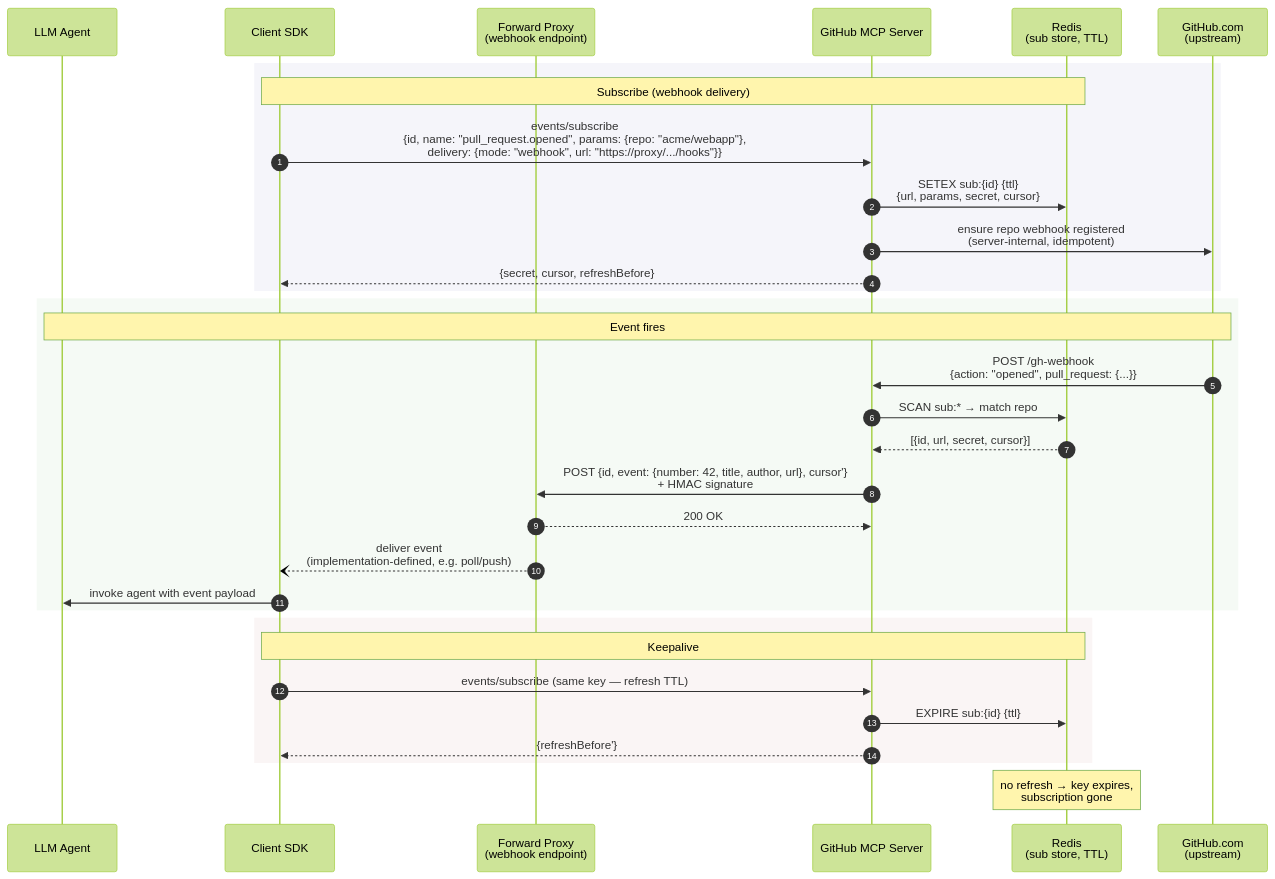
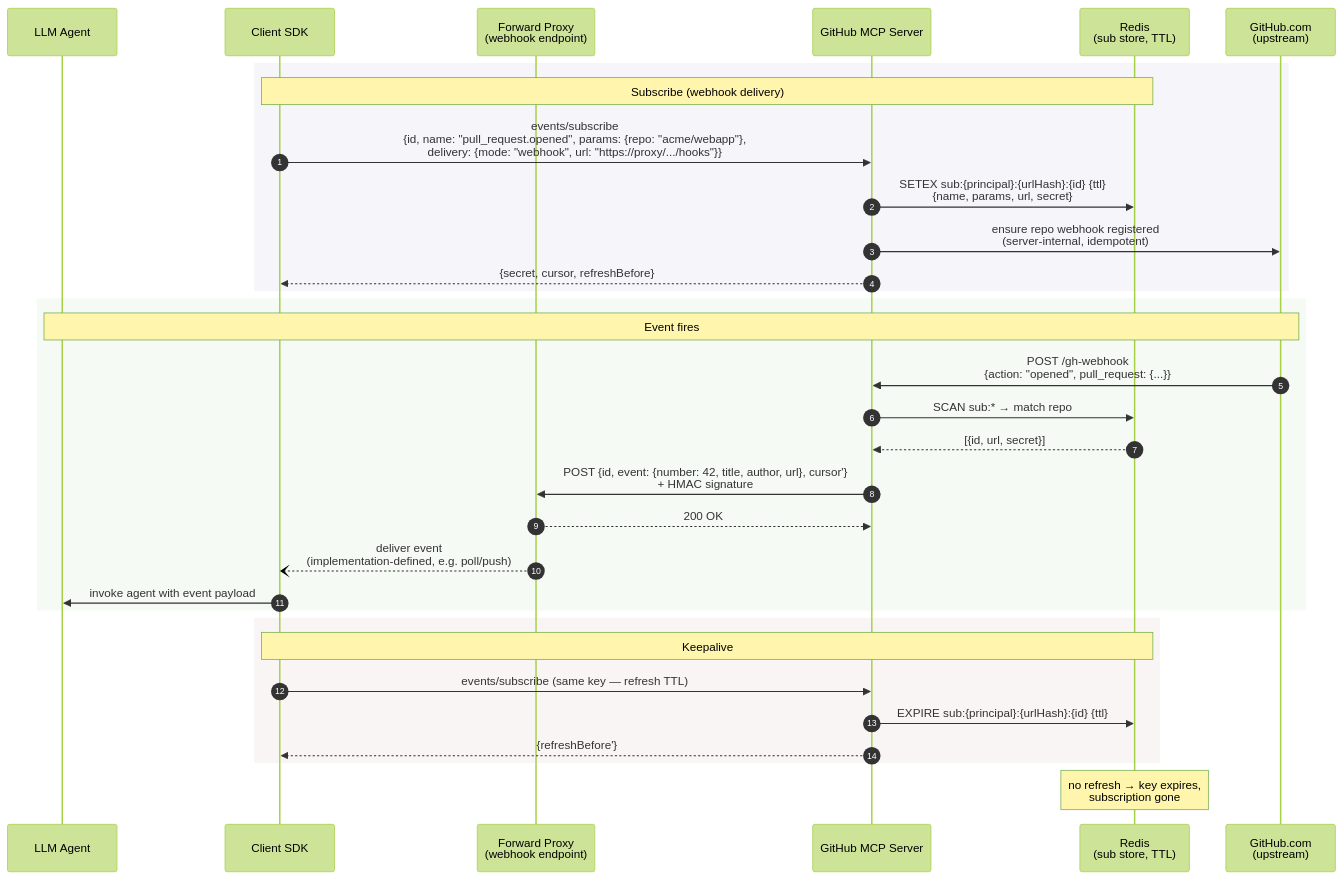
One commit to modelcontextprotocol/experimental-ext-triggers-events changed the fourth of 4 diagrams in docs/design-sketch-proposal.md. Above: the diagram before and after it, drawn with Mermaid (forest theme). The commit also changed other lines of this file and 1 other file, not shown here.

````diff
--- a/docs/design-sketch-proposal.md
+++ b/docs/design-sketch-proposal.md
@@ -883,37 +915,37 @@
 ```mermaid
 sequenceDiagram
     autonumber
     participant LLM as LLM Agent
     participant SDK as Client SDK
     participant Proxy as Forward Proxy<br/>(webhook endpoint)
     participant Server as GitHub MCP Server
     participant Redis as Redis<br/>(sub store, TTL)
     participant GH as GitHub.com<br/>(upstream)
 
     rect rgb(245,245,250)
         Note over SDK,Redis: Subscribe (webhook delivery)
         SDK->>Server: events/subscribe<br/>{id, name: "pull_request.opened", params: {repo: "acme/webapp"},<br/>delivery: {mode: "webhook", url: "https://proxy/.../hooks"}}
-        Server->>Redis: SETEX sub:{id} {ttl}<br/>{url, params, secret, cursor}
+        Server->>Redis: SETEX sub:{principal}:{urlHash}:{id} {ttl}<br/>{name, params, url, secret}
         Server->>GH: ensure repo webhook registered<br/>(server-internal, idempotent)
         Server-->>SDK: {secret, cursor, refreshBefore}
     end
 
     rect rgb(245,250,245)
         Note over GH,LLM: Event fires
         GH->>Server: POST /gh-webhook<br/>{action: "opened", pull_request: {...}}
         Server->>Redis: SCAN sub:* → match repo
-        Redis-->>Server: [{id, url, secret, cursor}]
+        Redis-->>Server: [{id, url, secret}]
         Server->>Proxy: POST {id, event: {number: 42, title, author, url}, cursor'}<br/>+ HMAC signature
         Proxy-->>Server: 200 OK
         Proxy--)SDK: deliver event<br/>(implementation-defined, e.g. poll/push)
         SDK->>LLM: invoke agent with event payload
     end
 
     rect rgb(250,245,245)
         Note over SDK,Redis: Keepalive
         SDK->>Server: events/subscribe (same key — refresh TTL)
-        Server->>Redis: EXPIRE sub:{id} {ttl}
+        Server->>Redis: EXPIRE sub:{principal}:{urlHash}:{id} {ttl}
         Server-->>SDK: {refreshBefore'}
     end
     Note over Redis: no refresh → key expires,<br/>subscription gone
 ```
````
